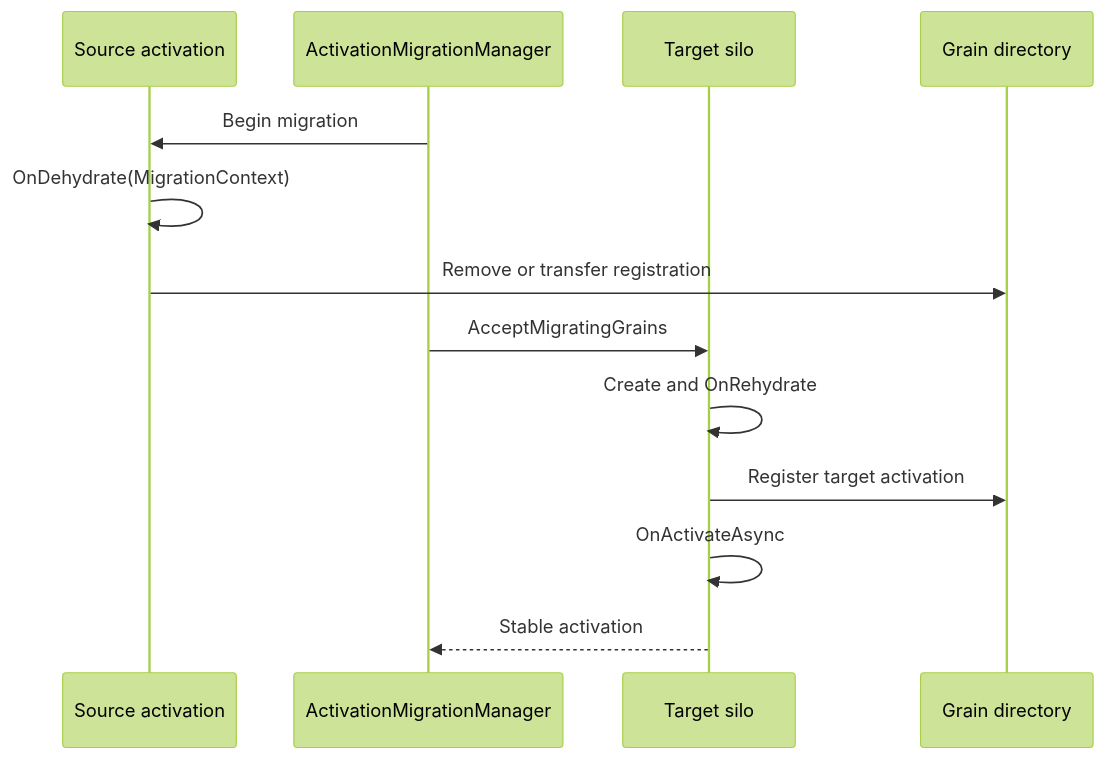
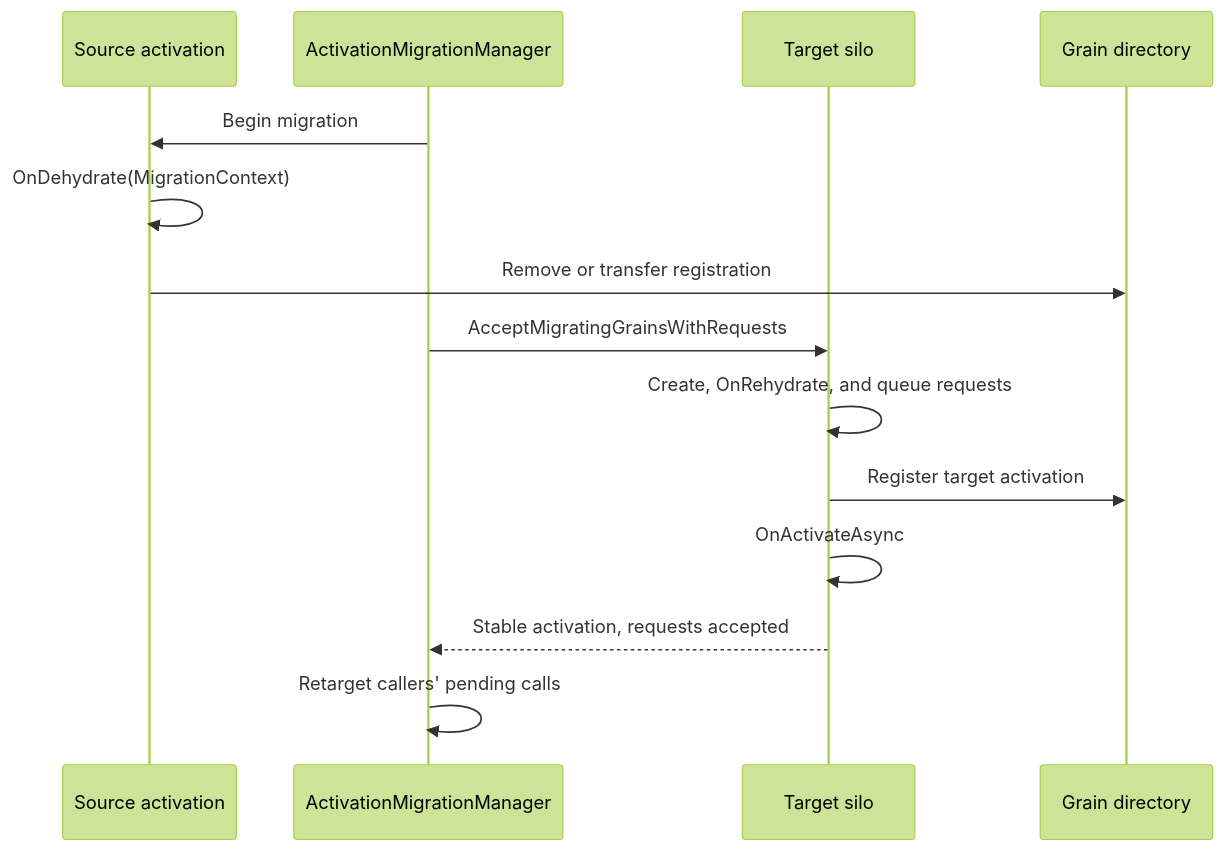
Before and after one commit to dotnet/orleans: the second of 2 diagrams in docs/site/src/content/docs/implementation/activation-lifecycle.md, drawn with Mermaid (forest theme). The commit also changed other lines of this file and 15 other files, not shown here.

````diff
--- a/docs/site/src/content/docs/implementation/activation-lifecycle.md
+++ b/docs/site/src/content/docs/implementation/activation-lifecycle.md
@@ -58,16 +60,17 @@
 ```mermaid
 sequenceDiagram
     participant Source as Source activation
     participant Manager as ActivationMigrationManager
     participant Target as Target silo
     participant Directory as Grain directory
 
     Manager->>Source: Begin migration
     Source->>Source: OnDehydrate(MigrationContext)
     Source->>Directory: Remove or transfer registration
-    Manager->>Target: AcceptMigratingGrains
-    Target->>Target: Create and OnRehydrate
+    Manager->>Target: AcceptMigratingGrainsWithRequests
+    Target->>Target: Create, OnRehydrate, and queue requests
     Target->>Directory: Register target activation
     Target->>Target: OnActivateAsync
-    Target-->>Manager: Stable activation
+    Target-->>Manager: Stable activation, requests accepted
+    Manager->>Manager: Retarget callers' pending calls
 ```
````
